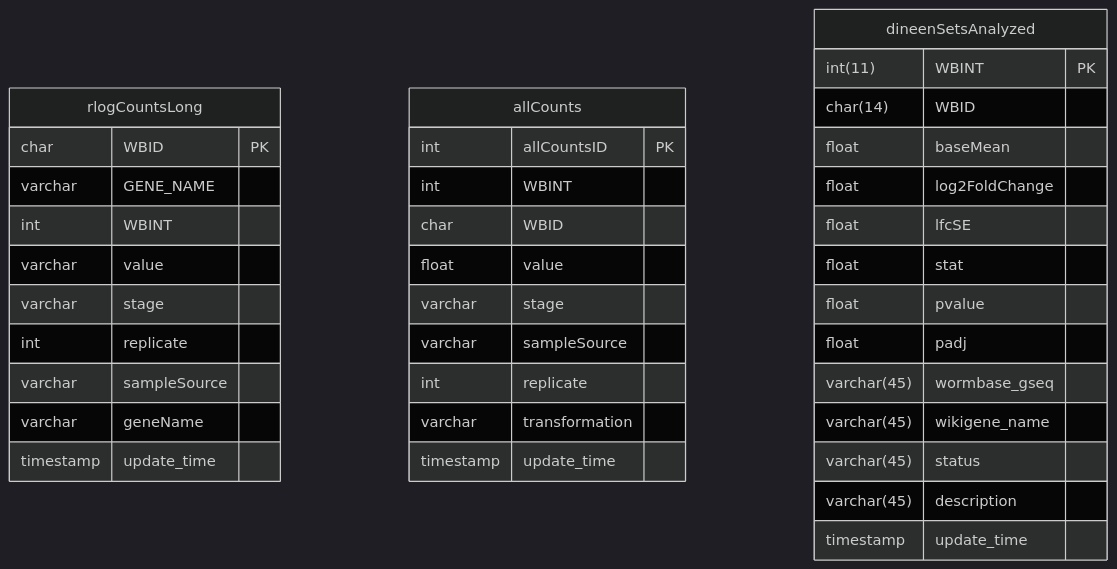
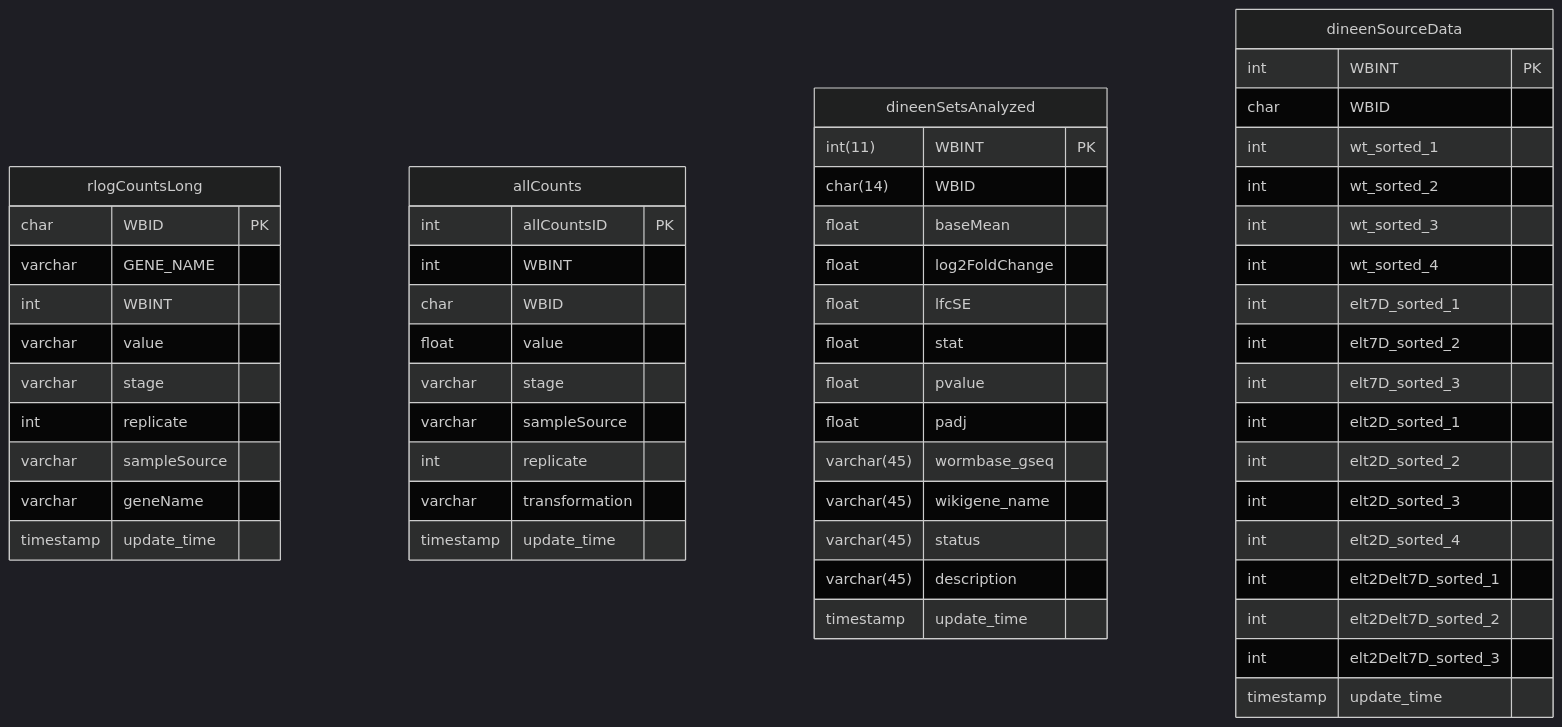
One commit to meekrob/OnishRDB changed the diagram in README.md. Above: the diagram before and after it, drawn with Mermaid (dark theme).

````diff
--- a/README.md
+++ b/README.md
@@ -90,43 +90,65 @@
 ```mermaid 
 erDiagram
 rlogCountsLong {
   char WBID PK
   varchar GENE_NAME
   int WBINT
   varchar value
   varchar stage
   int replicate 
   varchar sampleSource
   varchar geneName
   timestamp update_time
     }
 
 allCounts {
   int allCountsID PK
   int WBINT
   char WBID
   float value
   varchar stage
   varchar sampleSource
   int replicate
   varchar transformation
   timestamp update_time 
 }
 
+
+
 dineenSetsAnalyzed {
   int(11) WBINT  PK
   char(14) WBID
   float baseMean 
   float log2FoldChange 
   float lfcSE 
   float stat 
   float pvalue 
   float padj 
   varchar(45) wormbase_gseq 
   varchar(45) wikigene_name 
   varchar(45) status 
   varchar(45) description
   timestamp update_time 
 }
 
+dineenSourceData {
+int WBINT PK
+char WBID 
+int wt_sorted_1 
+int wt_sorted_2 
+int wt_sorted_3 
+int wt_sorted_4 
+int elt7D_sorted_1 
+int elt7D_sorted_2 
+int elt7D_sorted_3 
+int elt2D_sorted_1 
+int elt2D_sorted_2 
+int elt2D_sorted_3 
+int elt2D_sorted_4 
+int elt2Delt7D_sorted_1 
+int elt2Delt7D_sorted_2 
+int elt2Delt7D_sorted_3 
+timestamp update_time
+}
+
 ```
````
